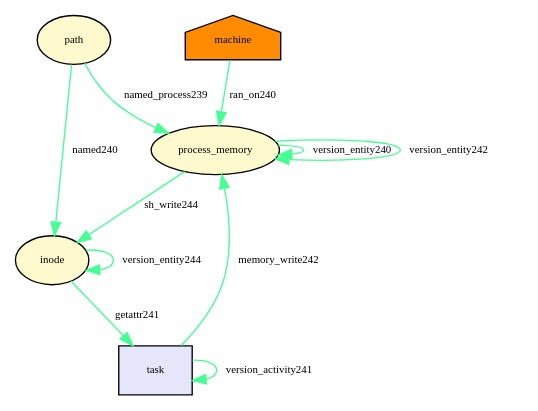
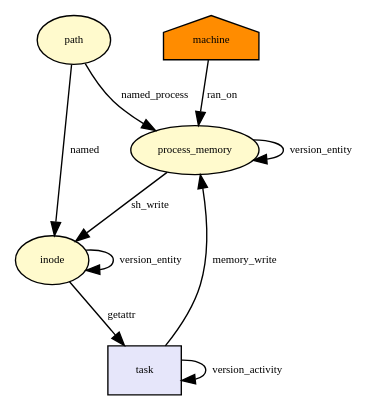
Before and after one commit to TinkerBellSystem/graph-matching: the diagram in tmp/provenance_inode_getattr.dot, drawn with Graphviz. The commit also changed 64 other files, not shown here.

Commit message:
simply graph

```diff
--- a/tmp/provenance_inode_getattr.dot
+++ b/tmp/provenance_inode_getattr.dot
@@ -1,31 +1,29 @@
 digraph RGL__DirectedAdjacencyGraph {path[fontsize = 8,label = "path",shape = ellipse, fillcolor="#fffacd", style = filled]
 
 process_memory[fontsize = 8,label = "process_memory",shape = ellipse, fillcolor="#fffacd", style = filled]
 
-path -> process_memory[fontsize = 8,label = "named_process239", color="#46fe94"]
+path -> process_memory[fontsize = 8,label = "named_process", color="#000000"]
 
-process_memory -> process_memory[fontsize = 8,label = "version_entity240", color="#46fe94"]
+process_memory -> process_memory[fontsize = 8,label = "version_entity", color="#000000"]
 
 machine[fontsize = 8,label = "machine",shape = house, fillcolor="#ff8c00", style = filled]
 
-machine -> process_memory[fontsize = 8,label = "ran_on240", color="#46fe94"]
+machine -> process_memory[fontsize = 8,label = "ran_on", color="#000000"]
 
 inode[fontsize = 8,label = "inode",shape = ellipse, fillcolor="#fffacd", style = filled]
 
-path -> inode[fontsize = 8,label = "named240", color="#46fe94"]
+path -> inode[fontsize = 8,label = "named", color="#000000"]
 
 task[fontsize = 8,label = "task",shape = rectangle, fillcolor="#e6e6fa", style = filled]
 
-task -> task[fontsize = 8,label = "version_activity241", color="#46fe94"]
+task -> task[fontsize = 8,label = "version_activity", color="#000000"]
 
-inode -> task[fontsize = 8,label = "getattr241", color="#46fe94"]
+inode -> task[fontsize = 8,label = "getattr", color="#000000"]
 
-process_memory -> process_memory[fontsize = 8,label = "version_entity242", color="#46fe94"]
+task -> process_memory[fontsize = 8,label = "memory_write", color="#000000"]
 
-task -> process_memory[fontsize = 8,label = "memory_write242", color="#46fe94"]
+inode -> inode[fontsize = 8,label = "version_entity", color="#000000"]
 
-inode -> inode[fontsize = 8,label = "version_entity244", color="#46fe94"]
-
-process_memory -> inode[fontsize = 8,label = "sh_write244", color="#46fe94"]
+process_memory -> inode[fontsize = 8,label = "sh_write", color="#000000"]
 
 }
```
